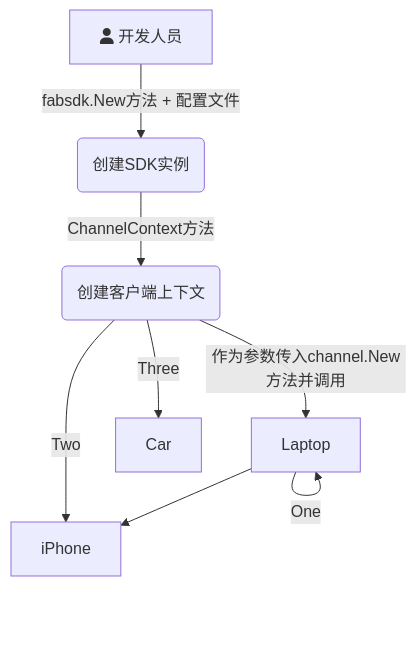
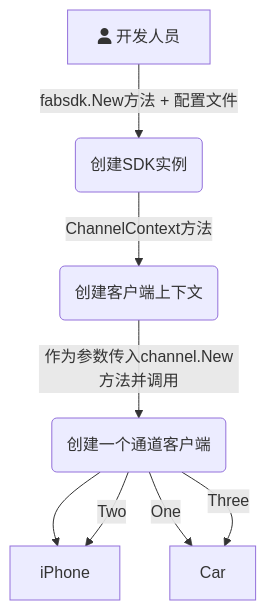
The diagram in all/未命名.md (Utekichan/iodraw-files), drawn with Mermaid before and after one commit.

Commit message:
2024-03-30 22:19:11 update

````diff
--- a/all/未命名.md
+++ b/all/未命名.md
@@ -1,11 +1,11 @@
 ```mermaid
 graph TD
     A[fa:fa-user 开发人员] -->|fabsdk.New方法 + 配置文件| B(创建SDK实例)
     B-->|ChannelContext方法| C(创建客户端上下文)
     C-->|作为参数传入channel.New方法并调用| D(创建一个通道客户端)
     D --> E{Select}
-    D -->|One| D[Laptop]
-    C -->|Two| E[iPhone]
-    C -->|Three| F[Car]
+    D -->|One| F[Laptop]
+    D -->|Two| E[iPhone]
+    D -->|Three| F[Car]
   
 ```
````
